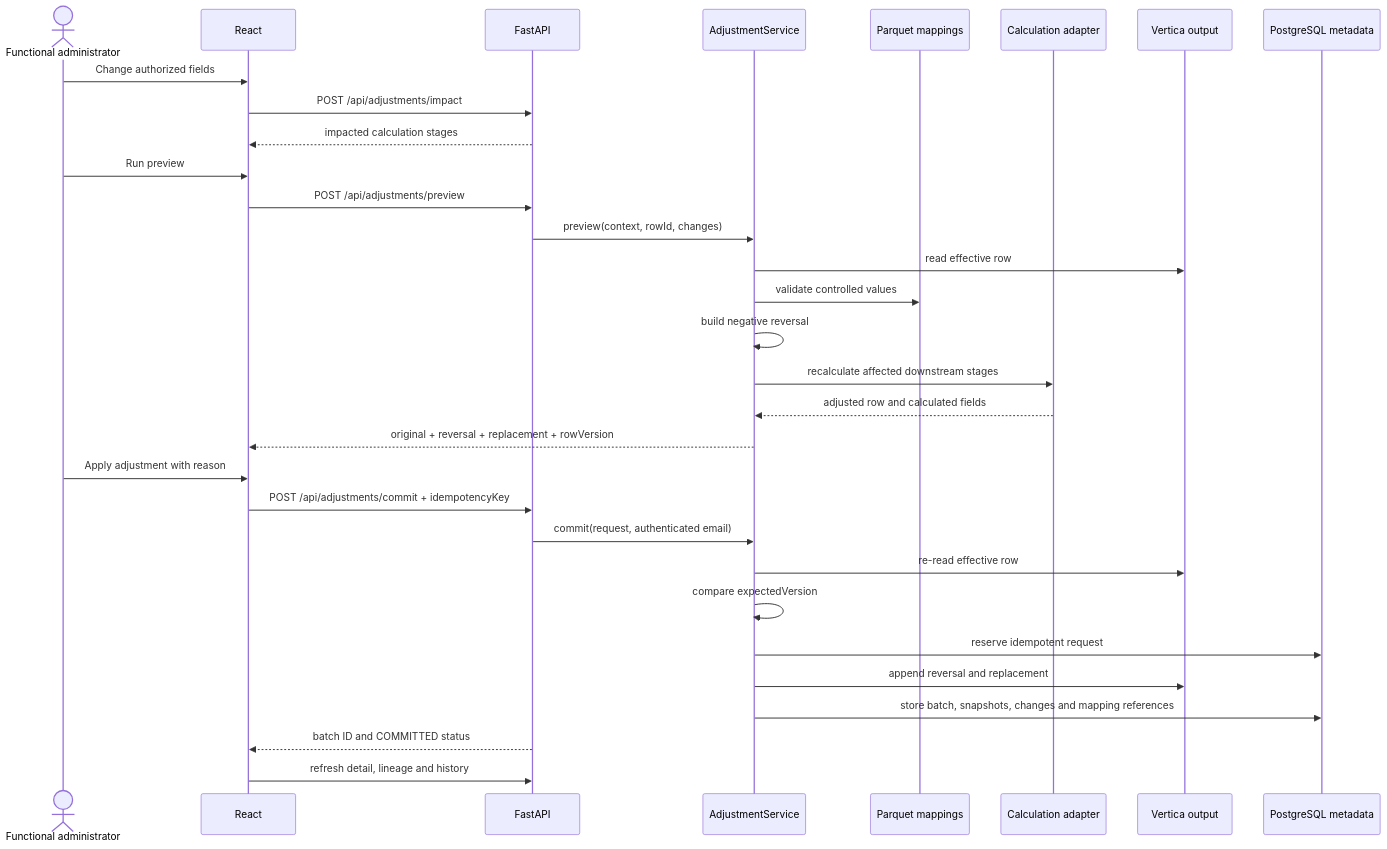
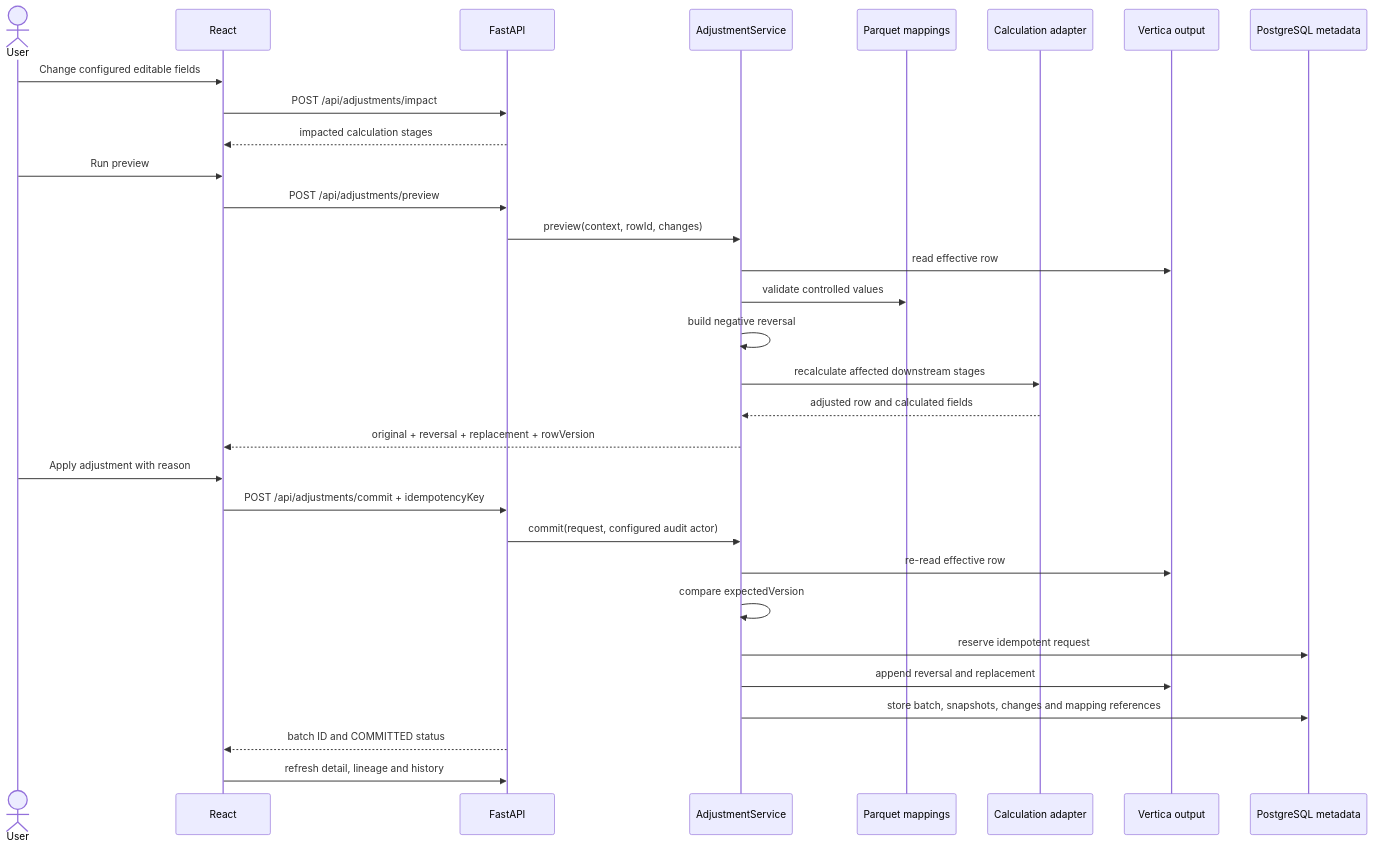
Before and after one commit to younesszaim/ajustement: the third of 5 diagrams in README.md, drawn with Mermaid. The commit also changed other lines of this file and 31 other files, not shown here.

````diff
--- a/README.md
+++ b/README.md
@@ -404,34 +384,34 @@
 ```mermaid
 sequenceDiagram
-    actor U as Functional administrator
+    actor U as User
     participant UI as React
     participant API as FastAPI
     participant S as AdjustmentService
     participant M as Parquet mappings
     participant C as Calculation adapter
     participant O as Vertica output
     participant P as PostgreSQL metadata
 
-    U->>UI: Change authorized fields
+    U->>UI: Change configured editable fields
     UI->>API: POST /api/adjustments/impact
     API-->>UI: impacted calculation stages
     U->>UI: Run preview
     UI->>API: POST /api/adjustments/preview
     API->>S: preview(context, rowId, changes)
     S->>O: read effective row
     S->>M: validate controlled values
     S->>S: build negative reversal
     S->>C: recalculate affected downstream stages
     C-->>S: adjusted row and calculated fields
     S-->>UI: original + reversal + replacement + rowVersion
     U->>UI: Apply adjustment with reason
     UI->>API: POST /api/adjustments/commit + idempotencyKey
-    API->>S: commit(request, authenticated email)
+    API->>S: commit(request, configured audit actor)
     S->>O: re-read effective row
     S->>S: compare expectedVersion
     S->>P: reserve idempotent request
     S->>O: append reversal and replacement
     S->>P: store batch, snapshots, changes and mapping references
     API-->>UI: batch ID and COMMITTED status
     UI->>API: refresh detail, lineage and history
 ```
````
